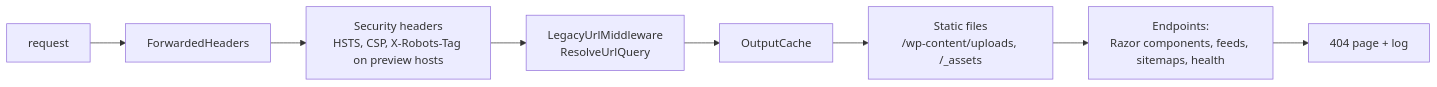
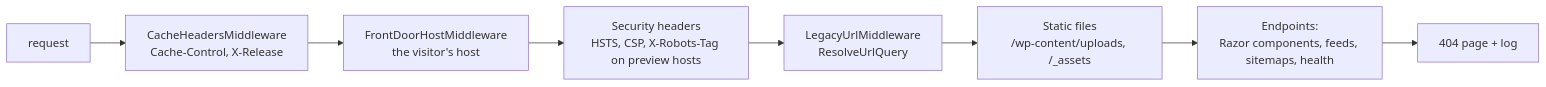
One commit to jeffreypalermo-sites/jeffreypalermo.com changed the fifth of 7 diagrams in docs/architecture/README.md. Above: the diagram before and after it, drawn with Mermaid. The commit also changed other lines of this file and 24 other files, not shown here.

````diff
--- a/docs/architecture/README.md
+++ b/docs/architecture/README.md
@@ -301,4 +301,4 @@
 ```mermaid
 flowchart LR
-    req[request] --> fh[ForwardedHeaders] --> sec[Security headers<br/>HSTS, CSP, X-Robots-Tag on preview hosts] --> legacy[LegacyUrlMiddleware<br/>ResolveUrlQuery] --> oc[OutputCache] --> sf[Static files<br/>/wp-content/uploads, /_assets] --> ep[Endpoints:<br/>Razor components, feeds, sitemaps, health] --> nf[404 page + log]
+    req[request] --> ch[CacheHeadersMiddleware<br/>Cache-Control, X-Release] --> fh[FrontDoorHostMiddleware<br/>the visitor's host] --> sec[Security headers<br/>HSTS, CSP, X-Robots-Tag on preview hosts] --> legacy[LegacyUrlMiddleware<br/>ResolveUrlQuery] --> sf[Static files<br/>/wp-content/uploads, /_assets] --> ep[Endpoints:<br/>Razor components, feeds, sitemaps, health] --> nf[404 page + log]
 ```
````
